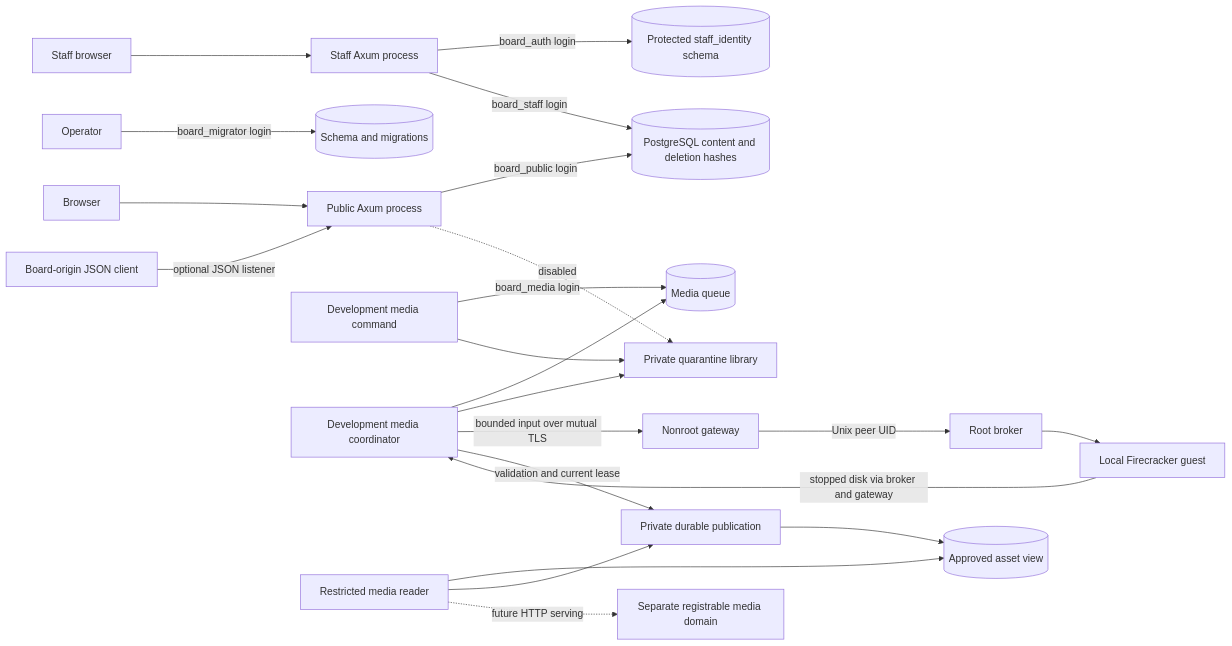
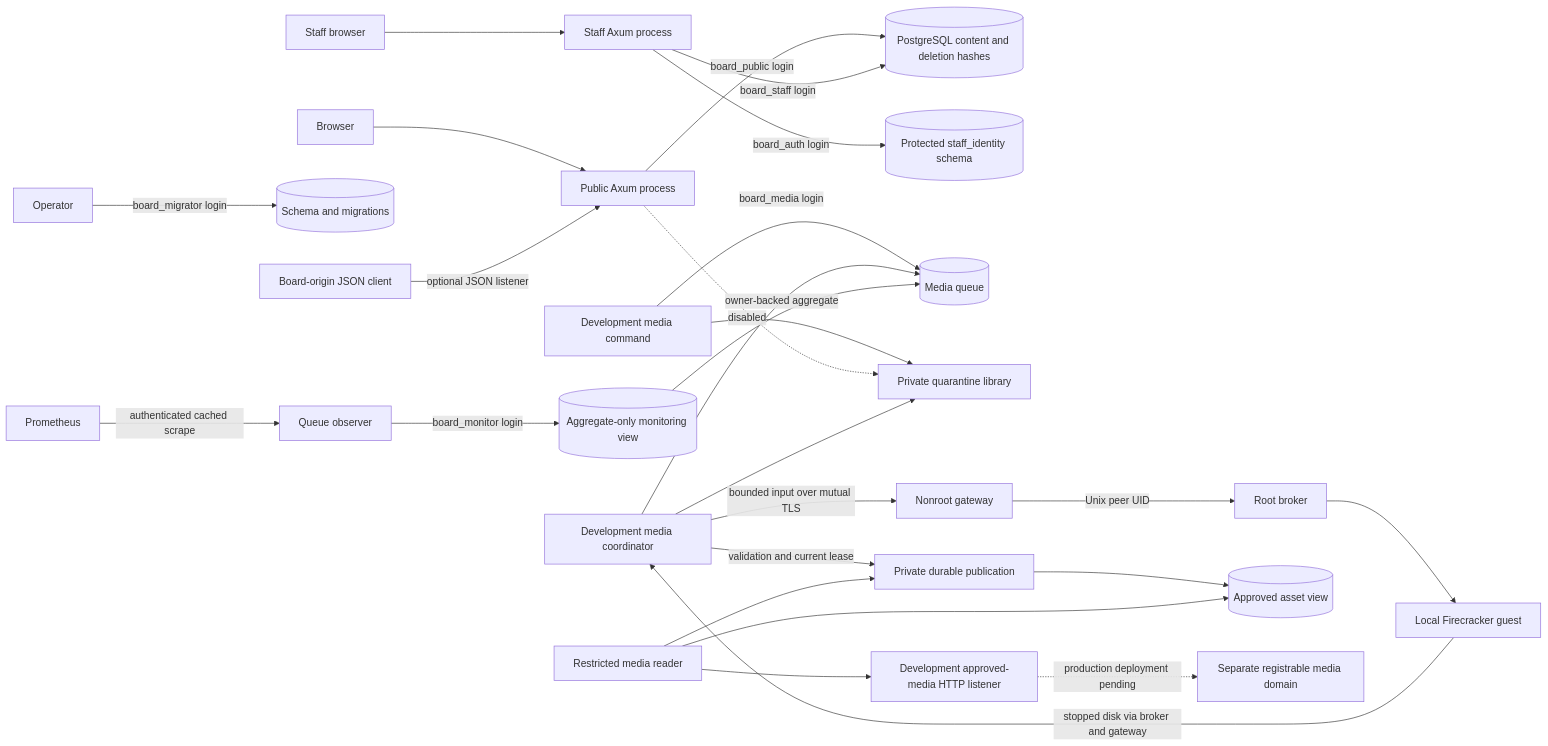
Before and after one commit to frankischilling/26chan: the diagram in docs/architecture.md, drawn with Mermaid. The commit also changed other lines of this file and 7 other files, not shown here.

````diff
--- a/docs/architecture.md
+++ b/docs/architecture.md
@@ -5,24 +5,28 @@
 ```mermaid
 flowchart LR
   Browser --> Public[Public Axum process]
   APIClient[Board-origin JSON client] -->|optional JSON listener| Public
   Public -->|board_public login| Content[(PostgreSQL content and deletion hashes)]
   Operator -->|board_migrator login| DB[(Schema and migrations)]
   StaffBrowser[Staff browser] --> Staff[Staff Axum process]
   Staff -->|board_auth login| Identity[(Protected staff_identity schema)]
   Staff -->|board_staff login| Content
   Intake[Development media command] -->|board_media login| Queue[(Media queue)]
   Intake --> Quarantine[Private quarantine library]
   Public -. disabled .-> Quarantine
   Coordinator[Development media coordinator] --> Queue
   Coordinator --> Quarantine
   Coordinator -->|bounded input over mutual TLS| Gateway[Nonroot gateway]
   Gateway -->|Unix peer UID| Broker[Root broker]
   Broker --> Worker[Local Firecracker guest]
   Worker -->|stopped disk via broker and gateway| Coordinator
   Coordinator -->|validation and current lease| Publication[Private durable publication]
   Publication --> Approved[(Approved asset view)]
   Reader[Restricted media reader] --> Approved
   Reader --> Publication
-  Reader -. future HTTP serving .-> Media[Separate registrable media domain]
+  Reader --> DevMedia[Development approved-media HTTP listener]
+  DevMedia -. production deployment pending .-> Media[Separate registrable media domain]
+  Observer[Queue observer] -->|board_monitor login| Aggregate[(Aggregate-only monitoring view)]
+  Aggregate -->|owner-backed aggregate| Queue
+  Prometheus -->|authenticated cached scrape| Observer
 ```
````
